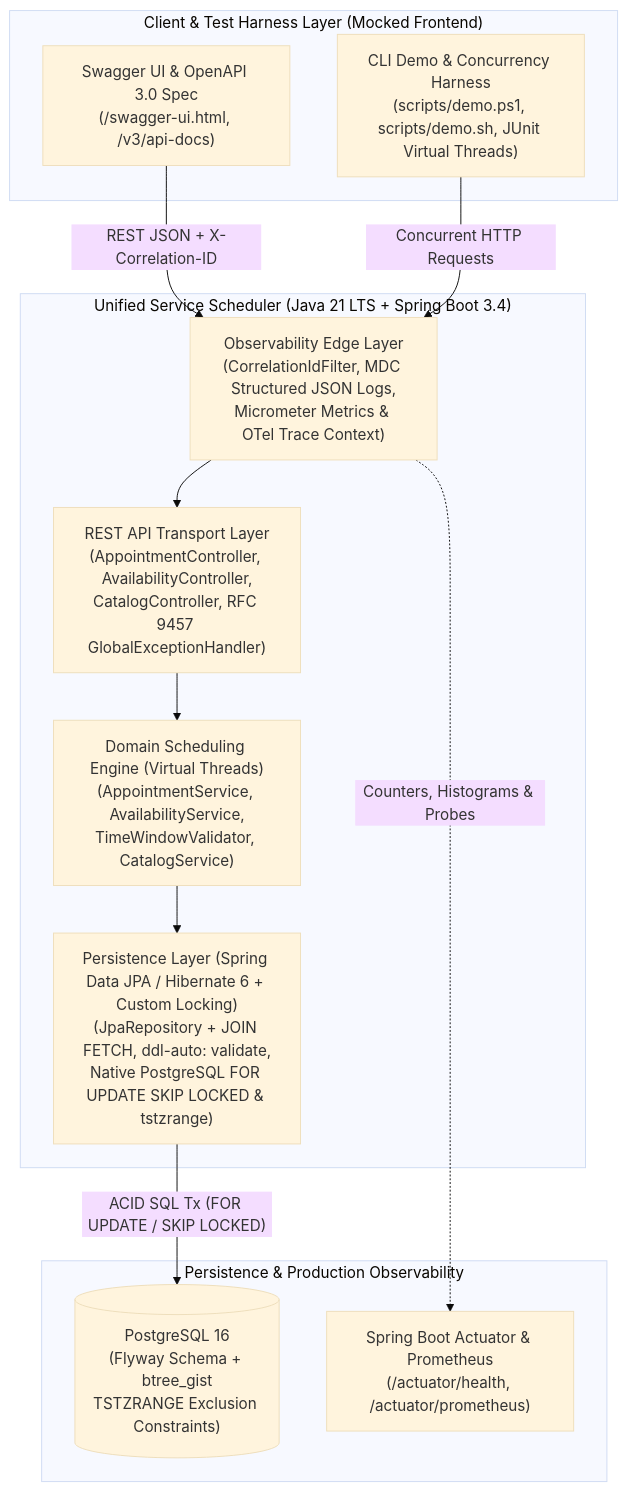
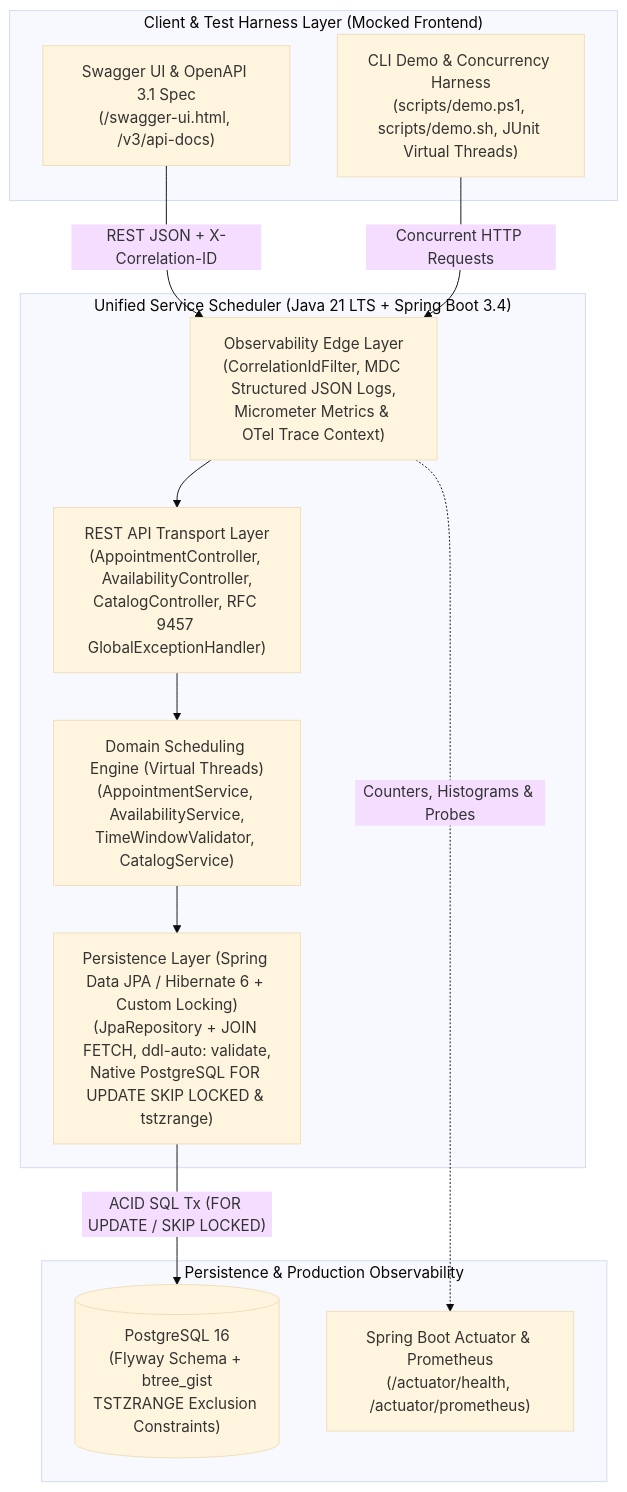
The first of 3 diagrams in docs/SYSTEM_DESIGN.md (tuoitho/unified-service-scheduler), drawn with Mermaid (base theme) before and after one commit. The commit also changed other lines of this file and 20 other files, not shown here.

Commit message:
refactor: harden fast-path savepoint locking, metric cardinality bounds, OpenAPI error schemas, and bash demo parity

````diff
--- a/docs/SYSTEM_DESIGN.md
+++ b/docs/SYSTEM_DESIGN.md
@@ -23,27 +23,27 @@
 ```mermaid
 flowchart TB
     subgraph Client_Layer ["Client & Test Harness Layer (Mocked Frontend)"]
-        Swagger["Swagger UI & OpenAPI 3.0 Spec\n(/swagger-ui.html, /v3/api-docs)"]
+        Swagger["Swagger UI & OpenAPI 3.1 Spec\n(/swagger-ui.html, /v3/api-docs)"]
         Scripts["CLI Demo & Concurrency Harness\n(scripts/demo.ps1, scripts/demo.sh, JUnit Virtual Threads)"]
     end
 
     subgraph Java_Backend ["Unified Service Scheduler (Java 21 LTS + Spring Boot 3.4)"]
         Filter["Observability Edge Layer\n(CorrelationIdFilter, MDC Structured JSON Logs,\nMicrometer Metrics & OTel Trace Context)"]
         Controller["REST API Transport Layer\n(AppointmentController, AvailabilityController,\nCatalogController, RFC 9457 GlobalExceptionHandler)"]
         Service["Domain Scheduling Engine (Virtual Threads)\n(AppointmentService, AvailabilityService,\nTimeWindowValidator, CatalogService)"]
         Repo["Persistence Layer (Spring Data JPA / Hibernate 6 + Custom Locking)\n(JpaRepository + JOIN FETCH, ddl-auto: validate,\nNative PostgreSQL FOR UPDATE SKIP LOCKED & tstzrange)"]
     end
 
     subgraph Data_And_Ops ["Persistence & Production Observability"]
         Postgres[("PostgreSQL 16\n(Flyway Schema + btree_gist\nTSTZRANGE Exclusion Constraints)")]
         Actuator["Spring Boot Actuator & Prometheus\n(/actuator/health, /actuator/prometheus)"]
     end
 
     Swagger -->|"REST JSON + X-Correlation-ID"| Filter
     Scripts -->|"Concurrent HTTP Requests"| Filter
     Filter --> Controller
     Controller --> Service
     Service --> Repo
     Repo -->|"ACID SQL Tx (FOR UPDATE / SKIP LOCKED)"| Postgres
     Filter -.->|"Counters, Histograms & Probes"| Actuator
 ```
````
